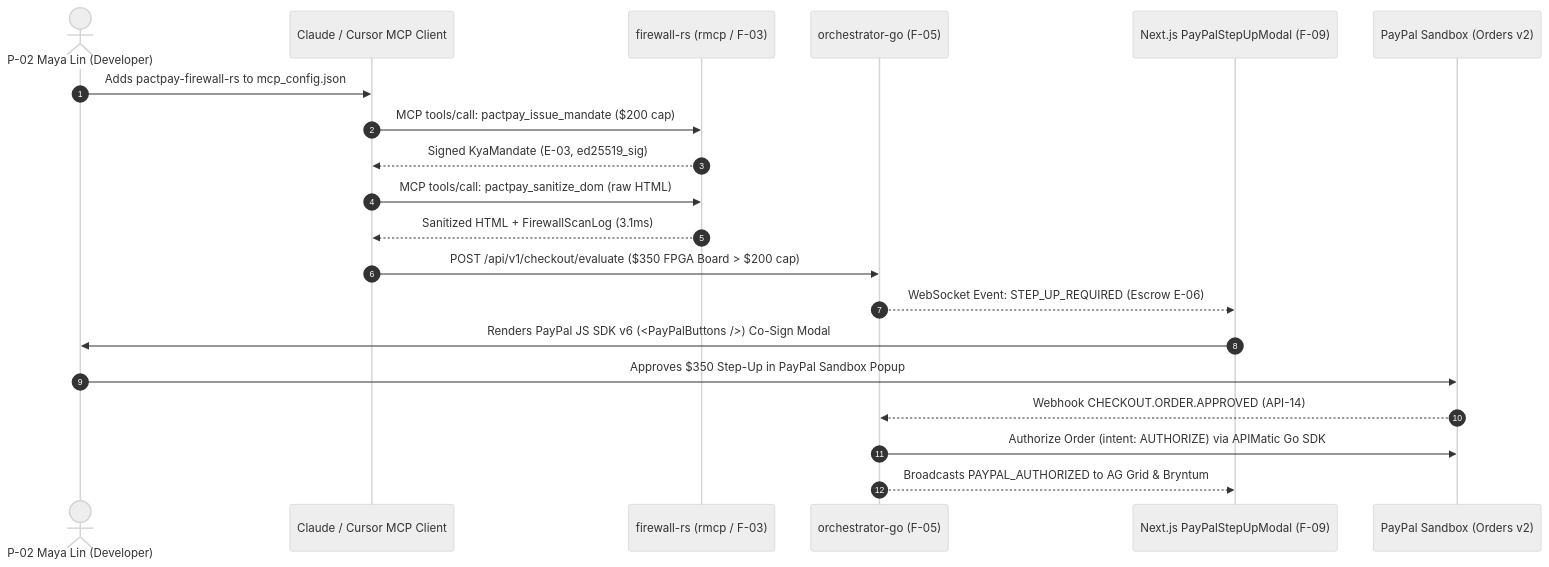
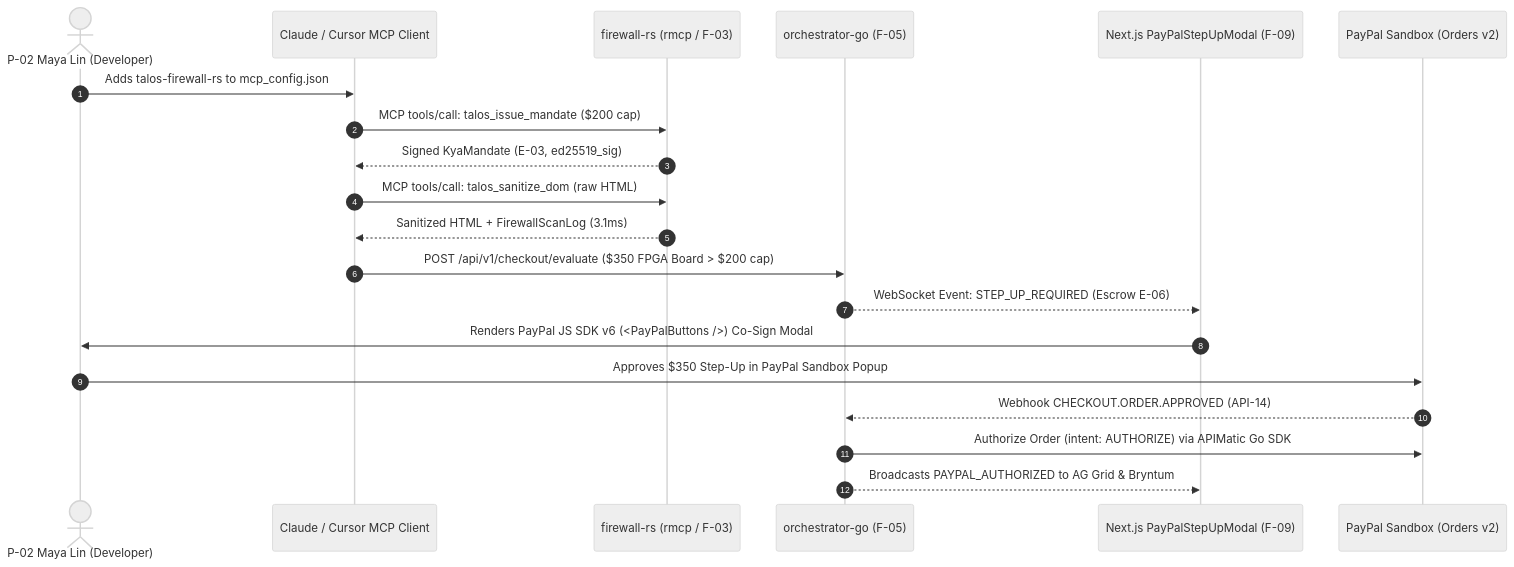
One commit to sruj08/Talos changed the fourth of 5 diagrams in docs/01-product/USER_JOURNEYS.md. Above: the diagram before and after it, drawn with Mermaid (neutral theme). The commit also changed other lines of this file and 457 other files, not shown here.

Commit message:
feat: initialize polyglot project architecture with comprehensive documentation, Go orchestrator, and Rust firewall services

````diff
--- a/docs/01-product/USER_JOURNEYS.md
+++ b/docs/01-product/USER_JOURNEYS.md
@@ -74,23 +74,23 @@
 ```mermaid
 sequenceDiagram
     autonumber
     actor Maya as P-02 Maya Lin (Developer)
     participant Agent as Claude / Cursor MCP Client
     participant Rust as firewall-rs (rmcp / F-03)
     participant Go as orchestrator-go (F-05)
     participant UI as Next.js PayPalStepUpModal (F-09)
     participant PP as PayPal Sandbox (Orders v2)
 
-    Maya->>Agent: Adds pactpay-firewall-rs to mcp_config.json
-    Agent->>Rust: MCP tools/call: pactpay_issue_mandate ($200 cap)
+    Maya->>Agent: Adds talos-firewall-rs to mcp_config.json
+    Agent->>Rust: MCP tools/call: talos_issue_mandate ($200 cap)
     Rust-->>Agent: Signed KyaMandate (E-03, ed25519_sig)
-    Agent->>Rust: MCP tools/call: pactpay_sanitize_dom (raw HTML)
+    Agent->>Rust: MCP tools/call: talos_sanitize_dom (raw HTML)
     Rust-->>Agent: Sanitized HTML + FirewallScanLog (3.1ms)
     Agent->>Go: POST /api/v1/checkout/evaluate ($350 FPGA Board > $200 cap)
     Go-->>UI: WebSocket Event: STEP_UP_REQUIRED (Escrow E-06)
     UI->>Maya: Renders PayPal JS SDK v6 (<PayPalButtons />) Co-Sign Modal
     Maya->>PP: Approves $350 Step-Up in PayPal Sandbox Popup
     PP-->>Go: Webhook CHECKOUT.ORDER.APPROVED (API-14)
     Go->>PP: Authorize Order (intent: AUTHORIZE) via APIMatic Go SDK
     Go-->>UI: Broadcasts PAYPAL_AUTHORIZED to AG Grid & Bryntum
 ```
````
